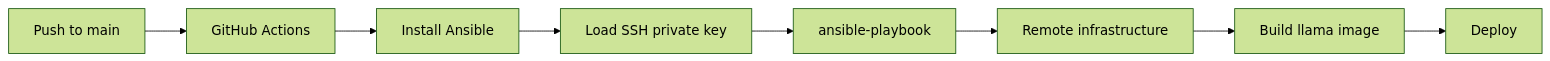
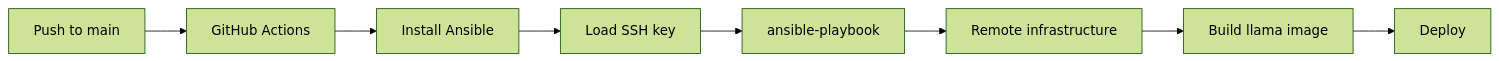
Before and after one commit to zackshal/llama-k8s: the fourth of 4 diagrams in README.md, drawn with Mermaid (forest theme). The commit also changed other lines of this file, not shown here.

````diff
--- a/README.md
+++ b/README.md
@@ -765,10 +658,10 @@
 ```mermaid
 flowchart LR
     A[Push to main] --> B[GitHub Actions]
     B --> C[Install Ansible]
-    C --> D[Load SSH private key]
+    C --> D[Load SSH key]
     D --> E[ansible-playbook]
     E --> F[Remote infrastructure]
     F --> G[Build llama image]
     G --> H[Deploy]
 ```
````
